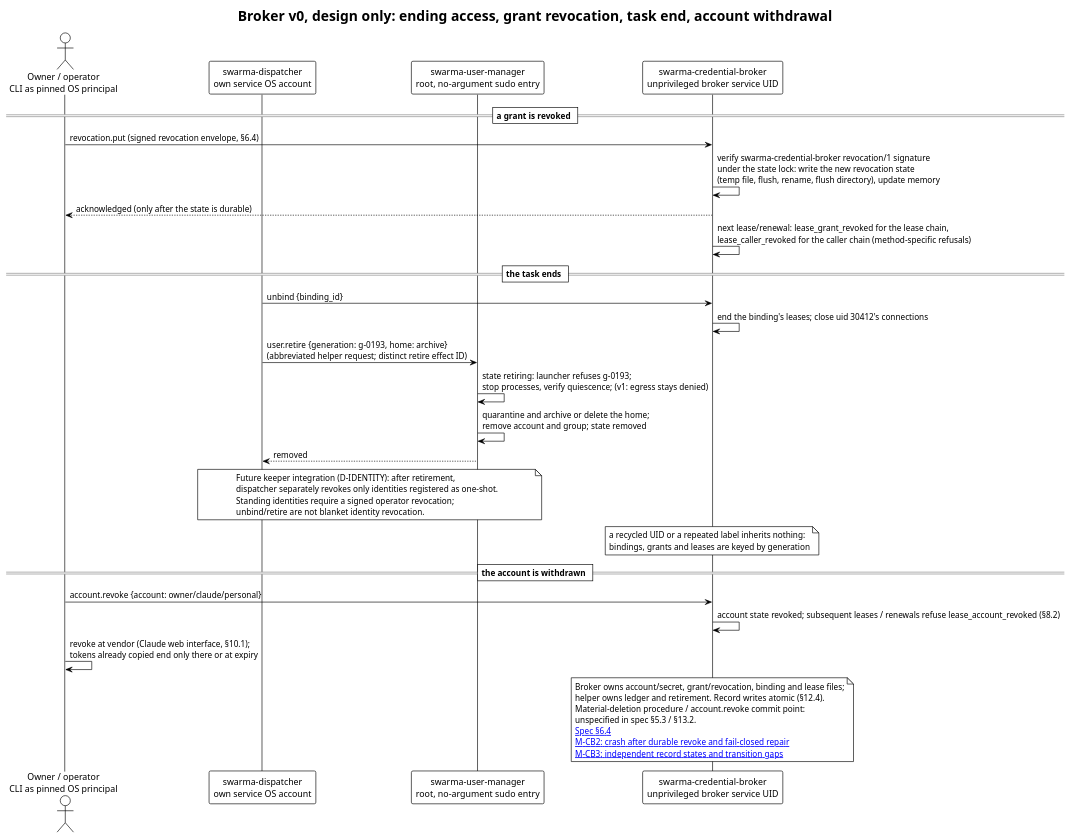
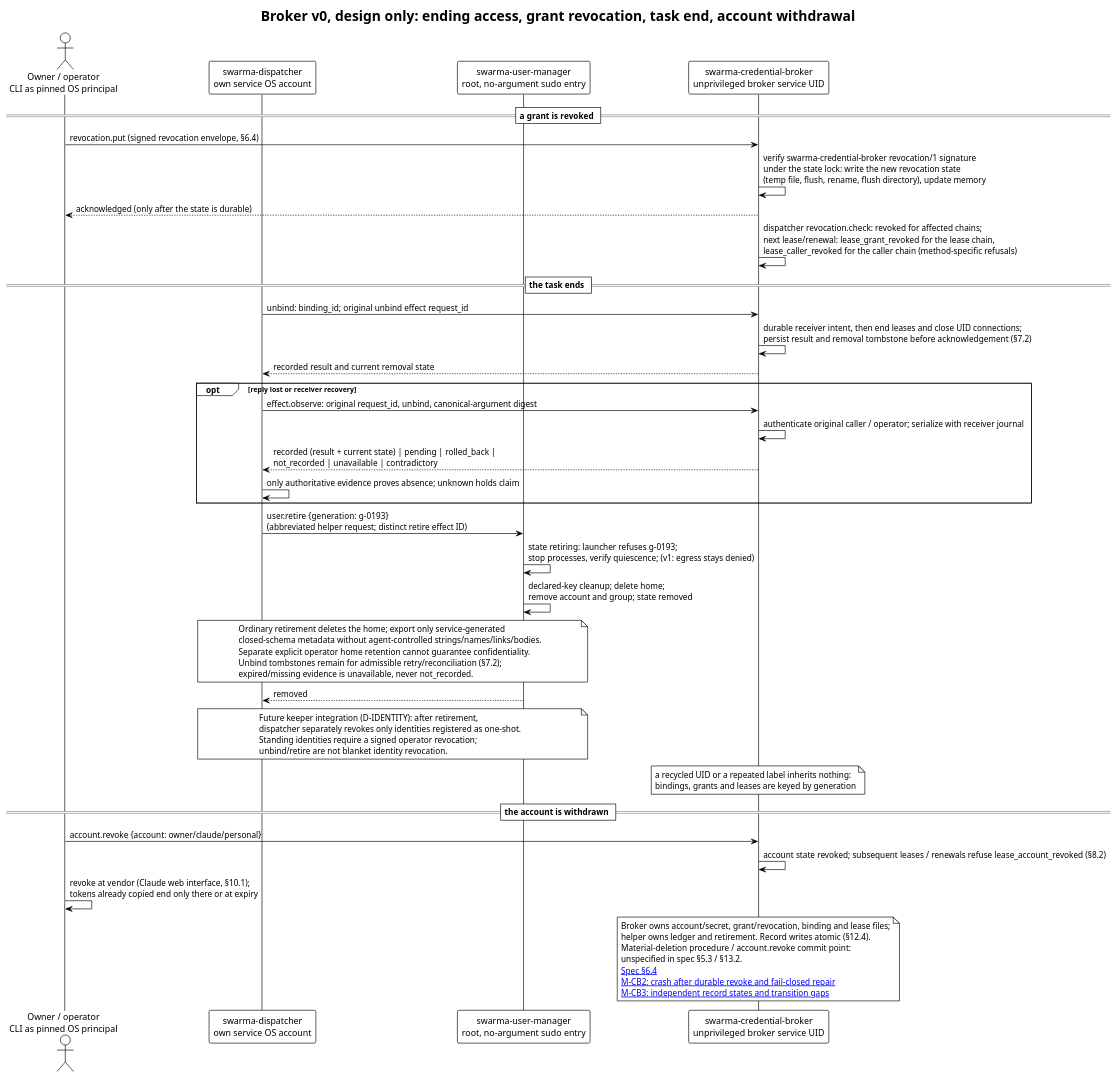
Before and after one commit to relux-works/swarma-credential-broker: the diagram in diagrams/revoke-and-unbind.puml, drawn with PlantUML. The commit also changed 10 other files, not shown here.

First line of the commit message:
Apply accepted review findings: fenced restore, revocation.check, single refresh writer, effect.observe (owner 2026-10-12) (TASK-261012-31tpx4)

```diff
--- a/diagrams/revoke-and-unbind.puml
+++ b/diagrams/revoke-and-unbind.puml
@@ -1,39 +1,53 @@
 @startuml revoke-and-unbind
 !theme plain
 title Broker v0, design only: ending access, grant revocation, task end, account withdrawal
 
 actor "Owner / operator\nCLI as pinned OS principal" as P
 participant "swarma-dispatcher\nown service OS account" as D
 participant "swarma-user-manager\nroot, no-argument sudo entry" as H
 participant "swarma-credential-broker\nunprivileged broker service UID" as B
 
 == a grant is revoked ==
 P -> B: revocation.put (signed revocation envelope, §6.4)
 B -> B: verify swarma-credential-broker revocation/1 signature\nunder the state lock: write the new revocation state\n(temp file, flush, rename, flush directory), update memory
 B --> P: acknowledged (only after the state is durable)
-B -> B: next lease/renewal: lease_grant_revoked for the lease chain,\nlease_caller_revoked for the caller chain (method-specific refusals)
+B -> B: dispatcher revocation.check: revoked for affected chains;\nnext lease/renewal: lease_grant_revoked for the lease chain,\nlease_caller_revoked for the caller chain (method-specific refusals)
 
 == the task ends ==
-D -> B: unbind {binding_id}
-B -> B: end the binding's leases; close uid 30412's connections
-D -> H: user.retire {generation: g-0193, home: archive}\n(abbreviated helper request; distinct retire effect ID)
+D -> B: unbind: binding_id; original unbind effect request_id
+B -> B: durable receiver intent, then end leases and close UID connections;\npersist result and removal tombstone before acknowledgement (§7.2)
+B --> D: recorded result and current removal state
+opt reply lost or receiver recovery
+  D -> B: effect.observe: original request_id, unbind, canonical-argument digest
+  B -> B: authenticate original caller / operator; serialize with receiver journal
+  B --> D: recorded (result + current state) | pending | rolled_back |\nnot_recorded | unavailable | contradictory
+  D -> D: only authoritative evidence proves absence; unknown holds claim
+end
+D -> H: user.retire {generation: g-0193}\n(abbreviated helper request; distinct retire effect ID)
 H -> H: state retiring: launcher refuses g-0193;\nstop processes, verify quiescence; (v1: egress stays denied)
-H -> H: quarantine and archive or delete the home;\nremove account and group; state removed
+H -> H: declared-key cleanup; delete home;\nremove account and group; state removed
+note over D,H
+  Ordinary retirement deletes the home; export only service-generated
+  closed-schema metadata without agent-controlled strings/names/links/bodies.
+  Separate explicit operator home retention cannot guarantee confidentiality.
+  Unbind tombstones remain for admissible retry/reconciliation (§7.2);
+  expired/missing evidence is unavailable, never not_recorded.
+end note
 H --> D: removed
 note over D,H: Future keeper integration (D-IDENTITY): after retirement,\ndispatcher separately revokes only identities registered as one-shot.\nStanding identities require a signed operator revocation;\nunbind/retire are not blanket identity revocation.
 note over B: a recycled UID or a repeated label inherits nothing:\nbindings, grants and leases are keyed by generation
 
 == the account is withdrawn ==
 P -> B: account.revoke {account: owner/claude/personal}
 B -> B: account state revoked; subsequent leases / renewals refuse lease_account_revoked (§8.2)
 P -> P: revoke at vendor (Claude web interface, §10.1);\ntokens already copied end only there or at expiry
 note over B
   Broker owns account/secret, grant/revocation, binding and lease files;
   helper owns ledger and retirement. Record writes atomic (§12.4).
   Material-deletion procedure / account.revoke commit point:
   unspecified in spec §5.3 / §13.2.
   [[../spec/broker.md#64-revocation Spec §6.4]]
   [[lease-recovery.puml M-CB2: crash after durable revoke and fail-closed repair]]
   [[record-states.puml M-CB3: independent record states and transition gaps]]
 end note
 @enduml
```
